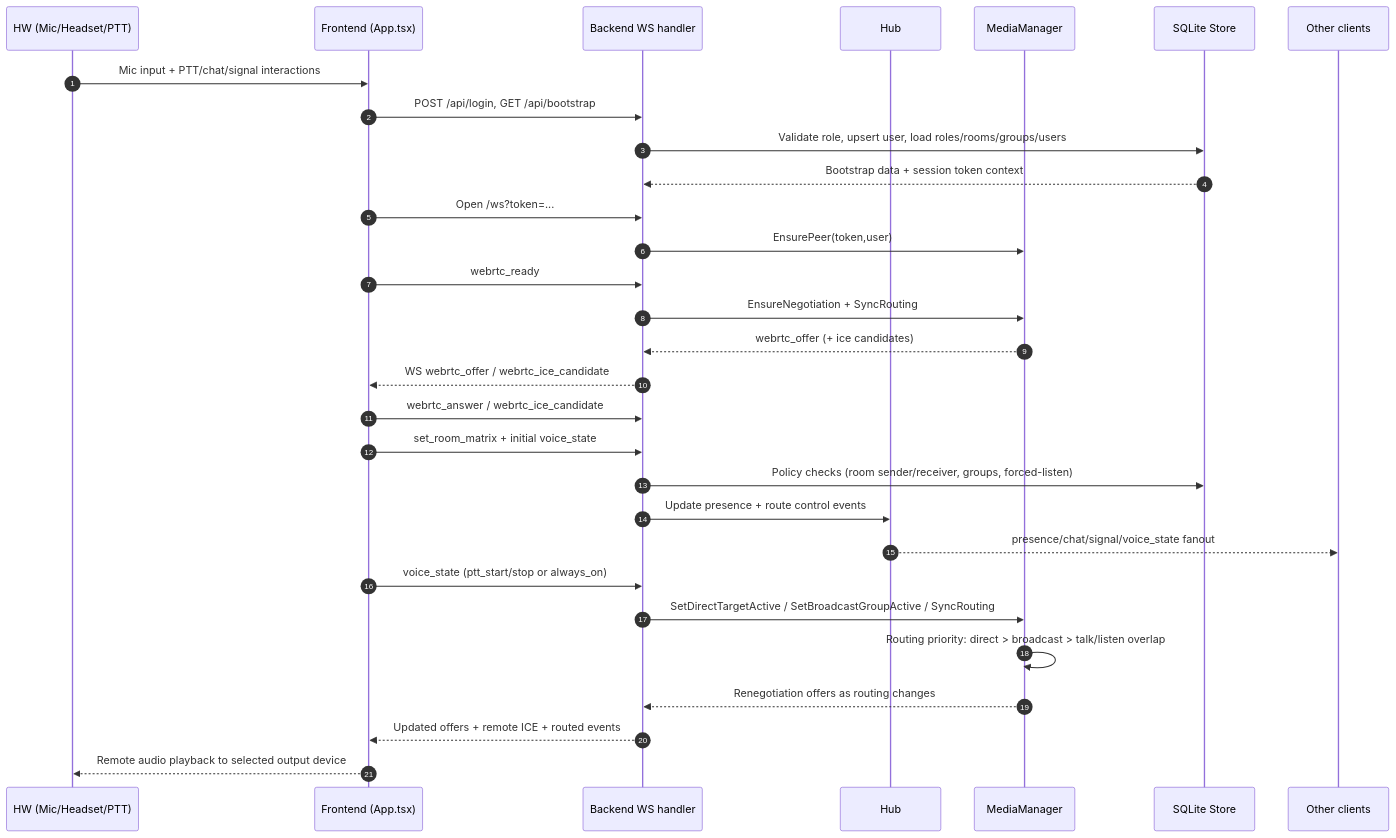
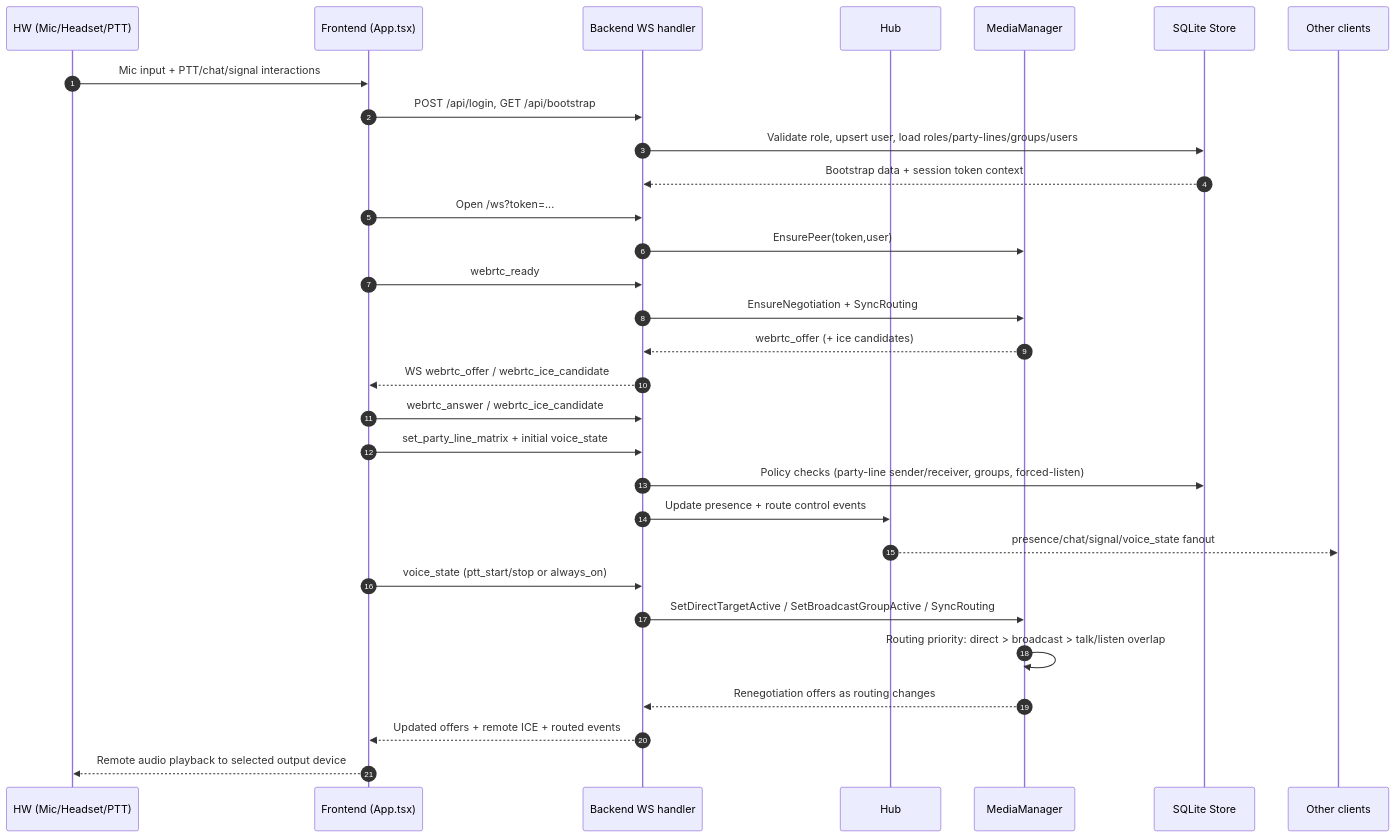
Before and after one commit to KesherCom/kesher: the second of 4 diagrams in docs/architecture-flow-diagram.md, drawn with Mermaid. The commit also changed other lines of this file and 28 other files, not shown here.

Commit message:
Rename rooms to party lines across UI/docs 🛠️\n\nThis updates labels, components, tests, docs and adds aliases. Closes #18

````diff
--- a/docs/architecture-flow-diagram.md
+++ b/docs/architecture-flow-diagram.md
@@ -126,33 +126,33 @@
 ```mermaid
 sequenceDiagram
   autonumber
   participant HW as HW (Mic/Headset/PTT)
   participant FE as Frontend (App.tsx)
   participant WS as Backend WS handler
   participant HUB as Hub
   participant MM as MediaManager
   participant DB as SQLite Store
   participant PEER as Other clients
 
   HW->>FE: Mic input + PTT/chat/signal interactions
   FE->>WS: POST /api/login, GET /api/bootstrap
-  WS->>DB: Validate role, upsert user, load roles/rooms/groups/users
+  WS->>DB: Validate role, upsert user, load roles/party-lines/groups/users
   DB-->>WS: Bootstrap data + session token context
   FE->>WS: Open /ws?token=...
   WS->>MM: EnsurePeer(token,user)
   FE->>WS: webrtc_ready
   WS->>MM: EnsureNegotiation + SyncRouting
   MM-->>WS: webrtc_offer (+ ice candidates)
   WS-->>FE: WS webrtc_offer / webrtc_ice_candidate
   FE->>WS: webrtc_answer / webrtc_ice_candidate
-  FE->>WS: set_room_matrix + initial voice_state
-  WS->>DB: Policy checks (room sender/receiver, groups, forced-listen)
+  FE->>WS: set_party_line_matrix + initial voice_state
+  WS->>DB: Policy checks (party-line sender/receiver, groups, forced-listen)
   WS->>HUB: Update presence + route control events
   HUB-->>PEER: presence/chat/signal/voice_state fanout
   FE->>WS: voice_state (ptt_start/stop or always_on)
   WS->>MM: SetDirectTargetActive / SetBroadcastGroupActive / SyncRouting
   MM->>MM: Routing priority: direct > broadcast > talk/listen overlap
   MM-->>WS: Renegotiation offers as routing changes
   WS-->>FE: Updated offers + remote ICE + routed events
   FE-->>HW: Remote audio playback to selected output device
 ```
````
